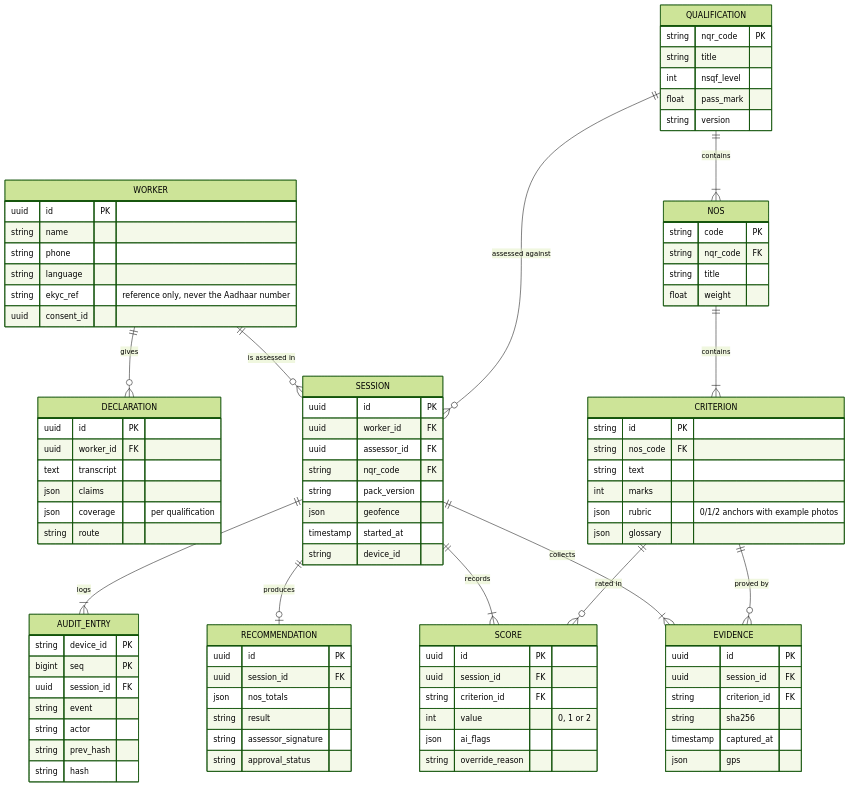
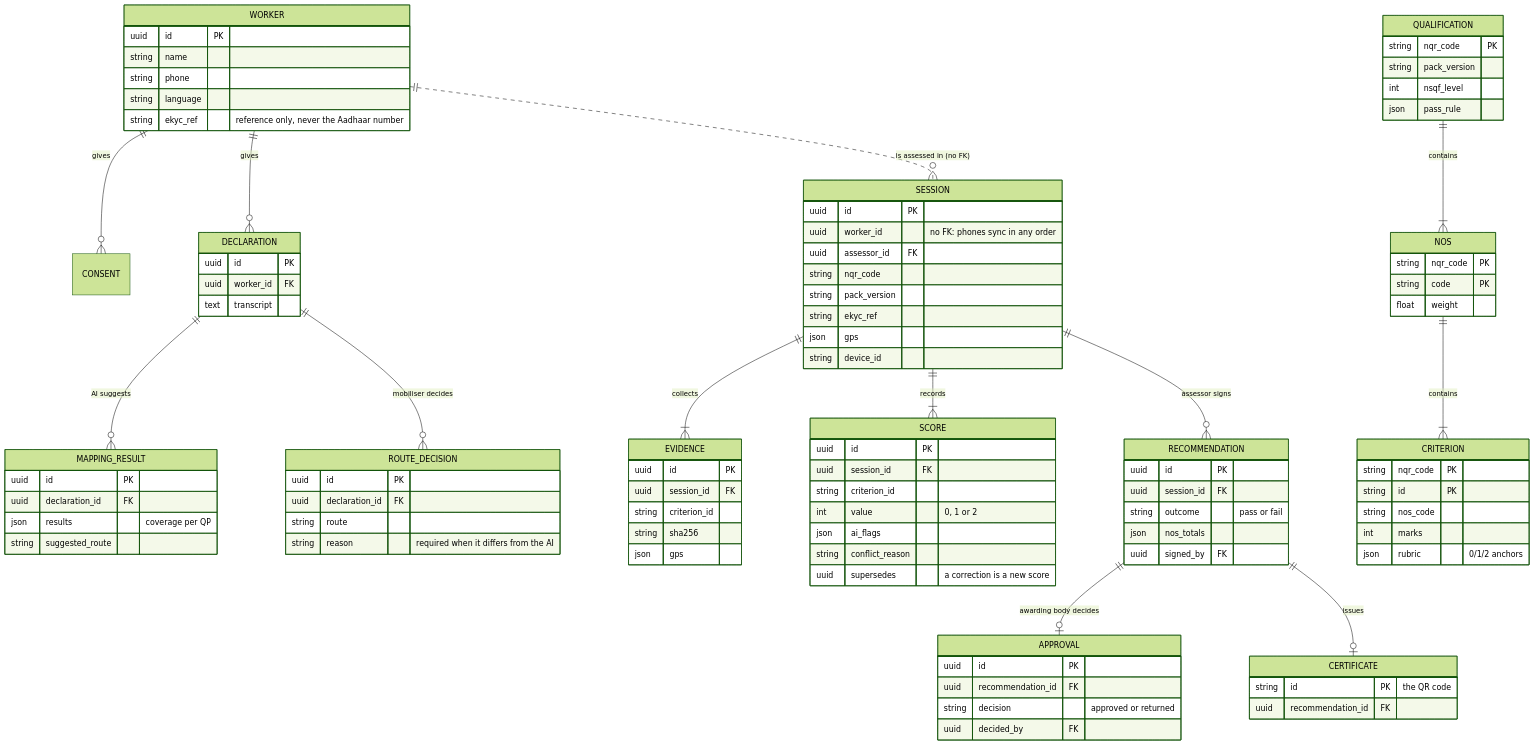
Before and after one commit to Sameergit23/Hunarparmaan: the fifth of 6 diagrams in README.md, drawn with Mermaid (forest theme). The commit also changed other lines of this file and 202 other files, not shown here.

````diff
--- a/README.md
+++ b/README.md
@@ -438,16 +590,17 @@
 ```mermaid
 erDiagram
+    WORKER ||--o{ CONSENT : gives
     WORKER ||--o{ DECLARATION : gives
-    WORKER ||--o{ SESSION : "is assessed in"
+    DECLARATION ||--o{ MAPPING_RESULT : "AI suggests"
+    DECLARATION ||--o{ ROUTE_DECISION : "mobiliser decides"
+    WORKER ||..o{ SESSION : "is assessed in (no FK)"
     QUALIFICATION ||--|{ NOS : contains
     NOS ||--|{ CRITERION : contains
-    QUALIFICATION ||--o{ SESSION : "assessed against"
     SESSION ||--|{ EVIDENCE : collects
-    CRITERION ||--o{ EVIDENCE : "proved by"
     SESSION ||--|{ SCORE : records
-    CRITERION ||--o{ SCORE : "rated in"
-    SESSION ||--o| RECOMMENDATION : produces
-    SESSION ||--|{ AUDIT_ENTRY : logs
+    SESSION ||--o{ RECOMMENDATION : "assessor signs"
+    RECOMMENDATION ||--o| APPROVAL : "awarding body decides"
+    RECOMMENDATION ||--o| CERTIFICATE : issues
 
     WORKER {
         uuid id PK
@@ -455,78 +608,83 @@
         string phone
         string language
         string ekyc_ref "reference only, never the Aadhaar number"
-        uuid consent_id
     }
     QUALIFICATION {
         string nqr_code PK
-        string title
+        string pack_version
         int nsqf_level
-        float pass_mark
-        string version
+        json pass_rule
     }
     NOS {
+        string nqr_code PK
         string code PK
-        string nqr_code FK
-        string title
         float weight
     }
     CRITERION {
+        string nqr_code PK
         string id PK
-        string nos_code FK
-        string text
+        string nos_code
         int marks
-        json rubric "0/1/2 anchors with example photos"
-        json glossary
+        json rubric "0/1/2 anchors"
     }
     DECLARATION {
         uuid id PK
         uuid worker_id FK
         text transcript
-        json claims
-        json coverage "per qualification"
+    }
+    MAPPING_RESULT {
+        uuid id PK
+        uuid declaration_id FK
+        json results "coverage per QP"
+        string suggested_route
+    }
+    ROUTE_DECISION {
+        uuid id PK
+        uuid declaration_id FK
         string route
+        string reason "required when it differs from the AI"
     }
     SESSION {
         uuid id PK
-        uuid worker_id FK
+        uuid worker_id "no FK: phones sync in any order"
         uuid assessor_id FK
-        string nqr_code FK
+        string nqr_code
         string pack_version
-        json geofence
-        timestamp started_at
+        string ekyc_ref
+        json gps
         string device_id
     }
     EVIDENCE {
         uuid id PK
         uuid session_id FK
-        string criterion_id FK
+        string criterion_id
         string sha256
-        timestamp captured_at
         json gps
     }
     SCORE {
         uuid id PK
         uuid session_id FK
-        string criterion_id FK
+        string criterion_id
         int value "0, 1 or 2"
         json ai_flags
-        string override_reason
-    }
-    AUDIT_ENTRY {
-        string device_id PK
-        bigint seq PK
-        uuid session_id FK
-        string event
-        string actor
-        string prev_hash
-        string hash
+        string conflict_reason
+        uuid supersedes "a correction is a new score"
     }
     RECOMMENDATION {
         uuid id PK
         uuid session_id FK
+        string outcome "pass or fail"
         json nos_totals
-        string result
-        string assessor_signature
-        string approval_status
+        uuid signed_by FK
+    }
+    APPROVAL {
+        uuid id PK
+        uuid recommendation_id FK
+        string decision "approved or returned"
+        uuid decided_by FK
+    }
+    CERTIFICATE {
+        string id PK "the QR code"
+        uuid recommendation_id FK
     }
 ```
````
